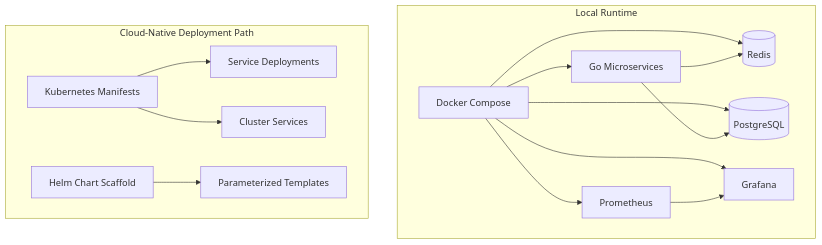
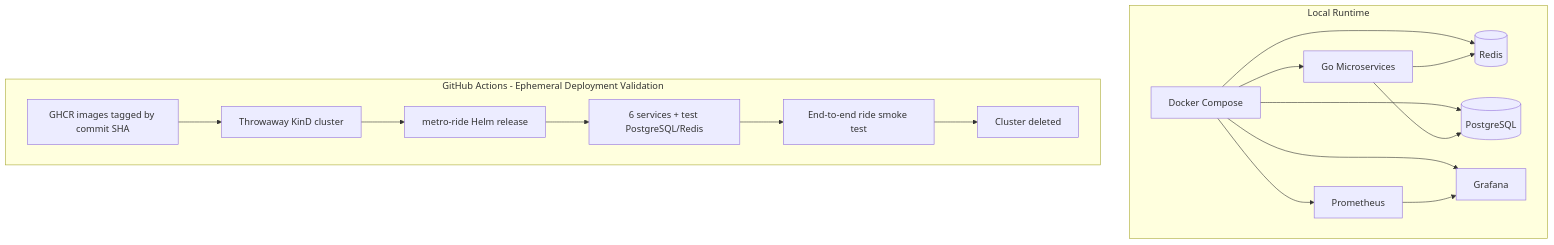
Before and after one commit to 96528025/MetroRide: the third of 3 diagrams in README.md, drawn with Mermaid. The commit also changed other lines of this file and 5 other files, not shown here.

````diff
--- a/README.md
+++ b/README.md
@@ -70,23 +72,26 @@
 ```mermaid
 flowchart TB
     subgraph Local["Local Runtime"]
         Compose[Docker Compose]
         Compose --> GoServices[Go Microservices]
         Compose --> Redis[(Redis)]
         Compose --> Postgres[(PostgreSQL)]
         Compose --> Prometheus[Prometheus]
         Compose --> Grafana[Grafana]
     end
 
-    subgraph Cloud["Cloud-Native Deployment Path"]
-        K8s[Kubernetes Manifests]
-        Helm[Helm Chart Scaffold]
-        K8s --> Deployments[Service Deployments]
-        K8s --> Services[Cluster Services]
-        Helm --> Templates[Parameterized Templates]
+    subgraph CI["GitHub Actions - Ephemeral Deployment Validation"]
+        Images[GHCR images tagged by commit SHA]
+        Kind[Throwaway KinD cluster]
+        Helm[metro-ride Helm release]
+        Images --> Kind
+        Kind --> Helm
+        Helm --> Workloads[6 services + test PostgreSQL/Redis]
+        Workloads --> Smoke[End-to-end ride smoke test]
+        Smoke --> Teardown[Cluster deleted]
     end
 
     Prometheus --> Grafana
     GoServices --> Redis
     GoServices --> Postgres
 ```
````
